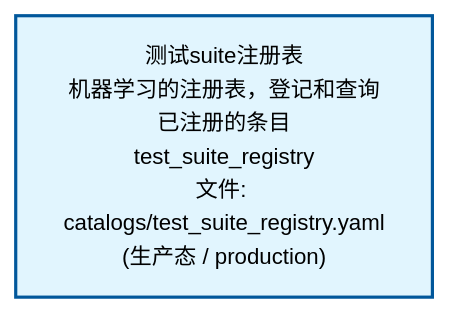
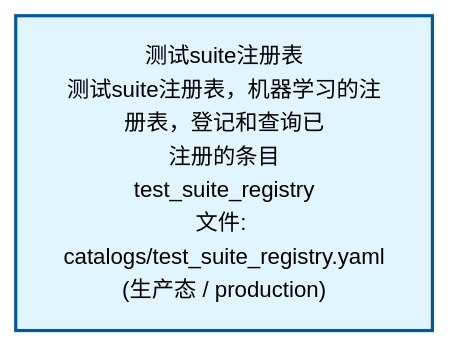
One commit to xuanFelixVan/ZephyrAlpha changed the second of 2 diagrams in docs/02_enterprise_architecture/02_domain_architecture_docs/33_d_audittest.md. Above: the diagram before and after it, drawn with Mermaid. The commit also changed other lines of this file and 63 other files, not shown here.

````diff
--- a/docs/02_enterprise_architecture/02_domain_architecture_docs/33_d_audittest.md
+++ b/docs/02_enterprise_architecture/02_domain_architecture_docs/33_d_audittest.md
@@ -68,10 +68,10 @@
 ```mermaid
 %%{init: {'theme': 'base', 'themeVariables': {'primaryColor': '#eaeaea', 'primaryTextColor': '#333333', 'primaryBorderColor': '#666666', 'lineColor': '#666666', 'secondaryColor': '#eaeaea', 'tertiaryColor': '#eaeaea', 'fontSize': '14px'}}}%%
 flowchart TD
-    docs_01_policies_and_standards_registry_catalogs_test_suite_registry_yaml["测试suite注册表<br/>机器学习的注册表，登记和查询已注册的条目<br/>test_suite_registry<br/>文件: catalogs/test_suite_registry.yaml<br/>(生产态 / production)"]
+    docs_01_policies_and_standards_registry_catalogs_test_suite_registry_yaml["测试suite注册表<br/>测试suite注册表，机器学习的注册表，登记和查询已<br/>注册的条目<br/>test_suite_registry<br/>文件: catalogs/test_suite_registry.yaml<br/>(生产态 / production)"]
     classDef production fill:#e1f5fe,stroke:#01579b,stroke-width:2px,color:#000
     classDef design fill:#fff3e0,stroke:#e65100,stroke-width:2px,color:#000,stroke-dasharray: 5 5
     classDef external_prod fill:#e8f4fd,stroke:#0277bd,stroke-width:1px,color:#000
     classDef external_design fill:#fff8e7,stroke:#ef6c00,stroke-width:1px,color:#000,stroke-dasharray: 5 5
     class docs_01_policies_and_standards_registry_catalogs_test_suite_registry_yaml production
 ```
````
